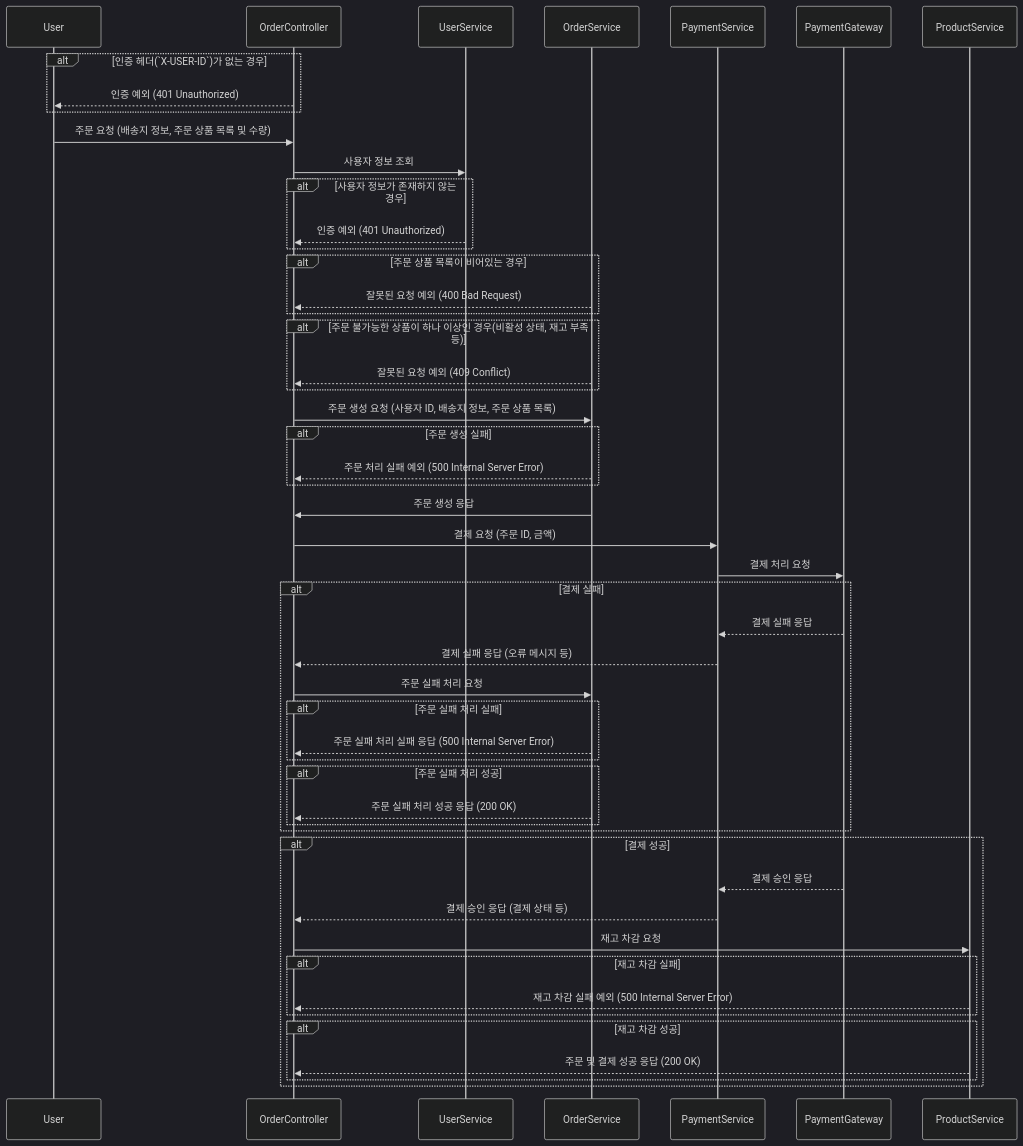
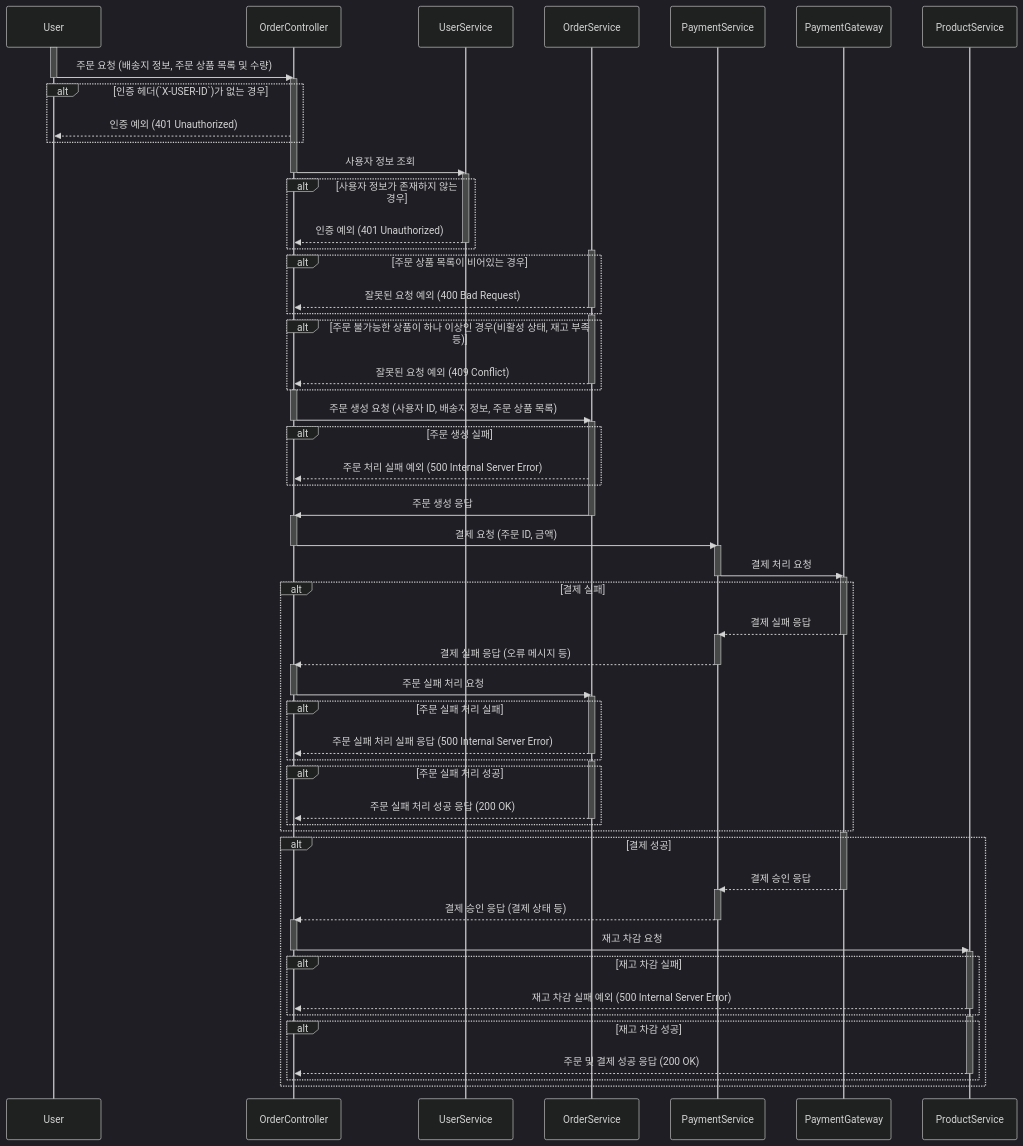
One commit to kiekk/gamsung-commerce changed the diagram in docs/design/02-sequence-diagrams/order_payment_v1.md. Above: the diagram before and after it, drawn with Mermaid (dark theme). The commit also changed 5 other files, not shown here.

First line of the commit message:
docs: 시퀀스 다이어그램 activate bar 추가

````diff
--- a/docs/design/02-sequence-diagrams/order_payment_v1.md
+++ b/docs/design/02-sequence-diagrams/order_payment_v1.md
@@ -19,47 +19,85 @@
     participant OrderService
     participant PaymentService
     participant PaymentGateway
+    activate User
+    User ->> OrderController: 주문 요청 (배송지 정보, 주문 상품 목록 및 수량)
+    deactivate User
+    activate OrderController
     alt 인증 헤더(`X-USER-ID`)가 없는 경우
         OrderController -->> User: 인증 예외 (401 Unauthorized)
     end
-    User ->> OrderController: 주문 요청 (배송지 정보, 주문 상품 목록 및 수량)
     OrderController ->> UserService: 사용자 정보 조회
+    deactivate OrderController
+    activate UserService
     alt 사용자 정보가 존재하지 않는 경우
         UserService -->> OrderController: 인증 예외 (401 Unauthorized)
+        deactivate UserService
     end
+    activate OrderService
     alt 주문 상품 목록이 비어있는 경우
         OrderService -->> OrderController: 잘못된 요청 예외 (400 Bad Request)
+        deactivate OrderService
     end
+    activate OrderService
     alt 주문 불가능한 상품이 하나 이상인 경우(비활성 상태, 재고 부족 등)
         OrderService -->> OrderController: 잘못된 요청 예외 (409 Conflict)
+        deactivate OrderService
     end
+    activate OrderController
     OrderController ->> OrderService: 주문 생성 요청 (사용자 ID, 배송지 정보, 주문 상품 목록)
+    deactivate OrderController
+    activate OrderService
     alt 주문 생성 실패
         OrderService -->> OrderController: 주문 처리 실패 예외 (500 Internal Server Error)
     end
     OrderService ->> OrderController: 주문 생성 응답
+    deactivate OrderService
+    activate OrderController
     OrderController ->> PaymentService: 결제 요청 (주문 ID, 금액)
+    deactivate OrderController
+    activate PaymentService
     PaymentService ->> PaymentGateway: 결제 처리 요청
+    deactivate PaymentService
+    activate PaymentGateway
     alt 결제 실패
         PaymentGateway -->> PaymentService: 결제 실패 응답
+        deactivate PaymentGateway
+        activate PaymentService
         PaymentService -->> OrderController: 결제 실패 응답 (오류 메시지 등)
+        deactivate PaymentService
+        activate OrderController
         OrderController ->> OrderService: 주문 실패 처리 요청
+        deactivate OrderController
+        activate OrderService
         alt 주문 실패 처리 실패
             OrderService -->> OrderController: 주문 실패 처리 실패 응답 (500 Internal Server Error)
+            deactivate OrderService
         end
+        activate OrderService
         alt 주문 실패 처리 성공
             OrderService -->> OrderController: 주문 실패 처리 성공 응답 (200 OK)
+            deactivate OrderService
         end
     end
+    activate PaymentGateway
     alt 결제 성공
         PaymentGateway -->> PaymentService: 결제 승인 응답
+        deactivate PaymentGateway
+        activate PaymentService
         PaymentService -->> OrderController: 결제 승인 응답 (결제 상태 등)
+        deactivate PaymentService
+        activate OrderController
         OrderController ->> ProductService: 재고 차감 요청
+        deactivate OrderController
+        activate ProductService
         alt 재고 차감 실패
             ProductService -->> OrderController: 재고 차감 실패 예외 (500 Internal Server Error)
+            deactivate ProductService
         end
+        activate ProductService
         alt 재고 차감 성공
             ProductService -->> OrderController: 주문 및 결제 성공 응답 (200 OK)
+            deactivate ProductService
         end
     end
 ```
````
